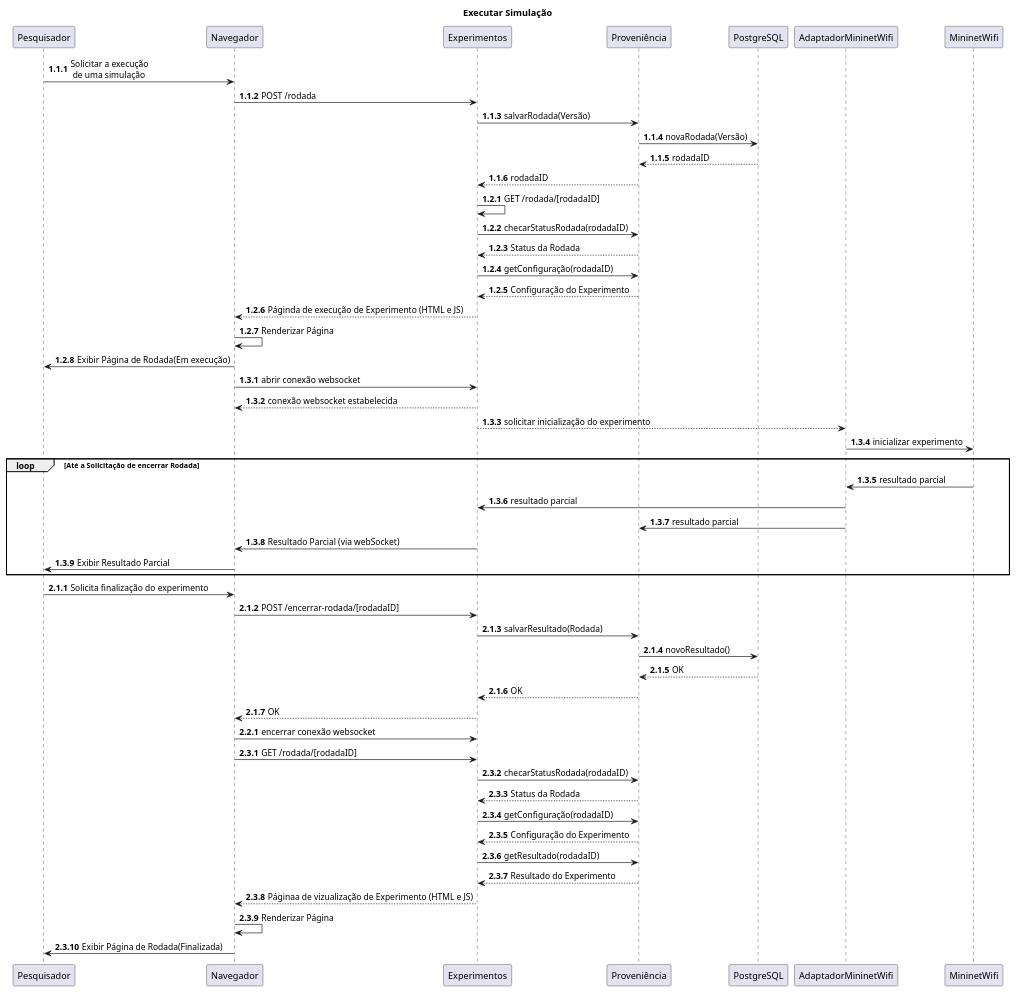
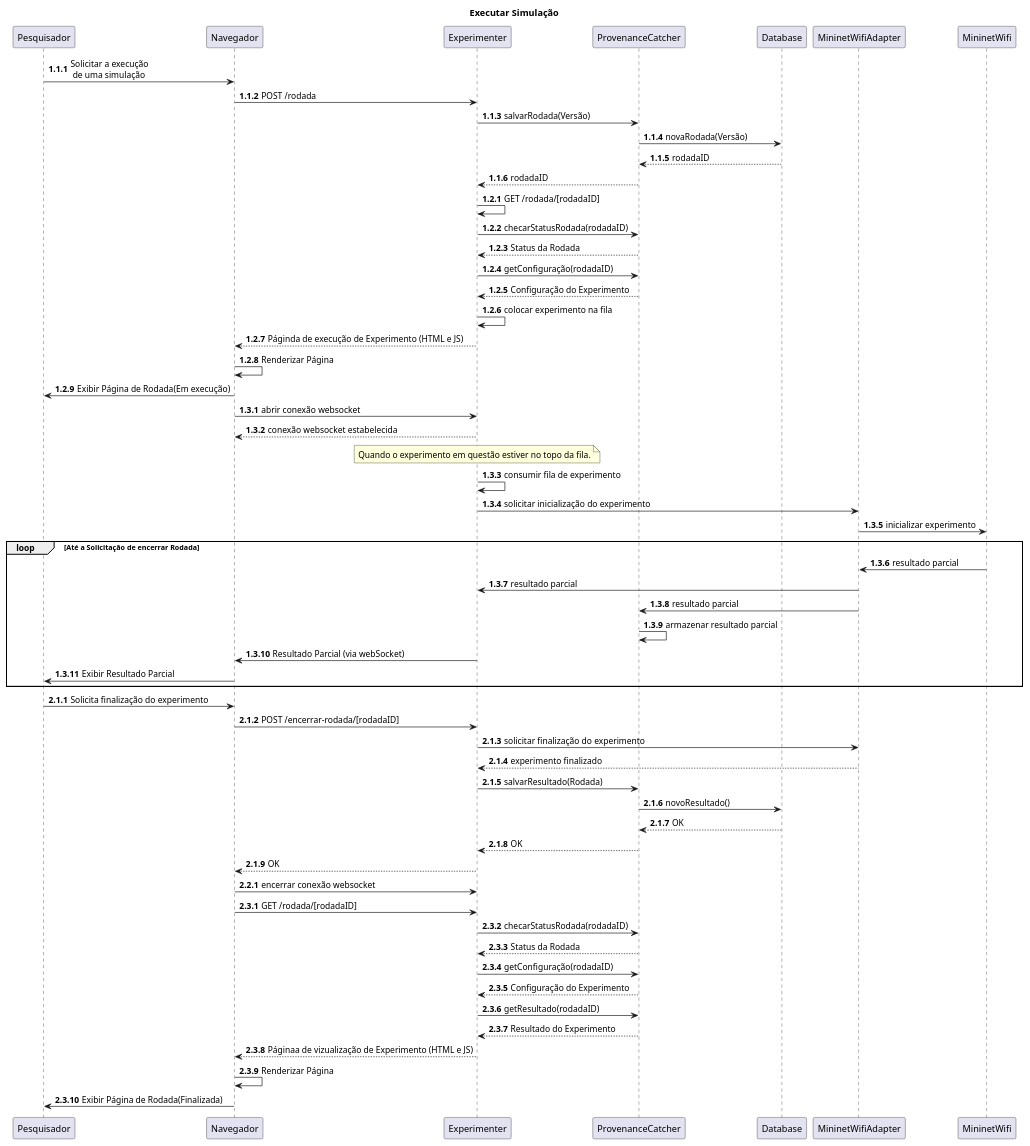
The diagram in docs/diagrams/src/sequenceDiagram.wsd (renanrodriguesmr/MiniManager), drawn with PlantUML before and after one commit. The commit also changed 7 other files, not shown here.

```diff
--- a/docs/diagrams/src/sequenceDiagram.wsd
+++ b/docs/diagrams/src/sequenceDiagram.wsd
@@ -1,62 +1,68 @@
 @startuml Diagrama de Sequência
 title Executar Simulação
 autonumber 1.1.1
 
 Pesquisador -> Navegador: Solicitar a execução\n de uma simulação
-Navegador -> Experimentos: POST /rodada
-Experimentos -> Proveniência: salvarRodada(Versão)
-Proveniência -> PostgreSQL: novaRodada(Versão)
-PostgreSQL --> Proveniência: rodadaID
-Proveniência --> Experimentos: rodadaID
+Navegador -> Experimenter: POST /rodada
+Experimenter -> ProvenanceCatcher: salvarRodada(Versão)
+ProvenanceCatcher -> Database: novaRodada(Versão)
+Database --> ProvenanceCatcher: rodadaID
+ProvenanceCatcher --> Experimenter: rodadaID
 
 autonumber inc B
-Experimentos -> Experimentos: GET /rodada/[rodadaID]
-Experimentos -> Proveniência: checarStatusRodada(rodadaID)
-Proveniência --> Experimentos: Status da Rodada
-Experimentos -> Proveniência: getConfiguração(rodadaID)
-Proveniência --> Experimentos: Configuração do Experimento
-Experimentos --> Navegador: Páginda de execução de Experimento (HTML e JS)
+Experimenter -> Experimenter: GET /rodada/[rodadaID]
+Experimenter -> ProvenanceCatcher: checarStatusRodada(rodadaID)
+ProvenanceCatcher --> Experimenter: Status da Rodada
+Experimenter -> ProvenanceCatcher: getConfiguração(rodadaID)
+ProvenanceCatcher --> Experimenter: Configuração do Experimento
+Experimenter -> Experimenter: colocar experimento na fila
+Experimenter --> Navegador: Páginda de execução de Experimento (HTML e JS)
 Navegador -> Navegador: Renderizar Página
 Navegador -> Pesquisador: Exibir Página de Rodada(Em execução)
 
 autonumber inc B
-Navegador -> Experimentos: abrir conexão websocket
-Experimentos --> Navegador: conexão websocket estabelecida
-Experimentos --> AdaptadorMininetWifi: solicitar inicialização do experimento
-AdaptadorMininetWifi -> MininetWifi: inicializar experimento
+Navegador -> Experimenter: abrir conexão websocket
+Experimenter --> Navegador: conexão websocket estabelecida
+note over Experimenter: Quando o experimento em questão estiver no topo da fila.
+Experimenter -> Experimenter: consumir fila de experimento
+Experimenter -> MininetWifiAdapter: solicitar inicialização do experimento
+MininetWifiAdapter -> MininetWifi: inicializar experimento
 loop Até a Solicitação de encerrar Rodada
-    MininetWifi -> AdaptadorMininetWifi: resultado parcial
-    AdaptadorMininetWifi -> Experimentos: resultado parcial
-    AdaptadorMininetWifi -> Proveniência: resultado parcial
-    Experimentos -> Navegador: Resultado Parcial (via webSocket)
+    MininetWifi -> MininetWifiAdapter: resultado parcial
+    MininetWifiAdapter -> Experimenter: resultado parcial
+    MininetWifiAdapter -> ProvenanceCatcher: resultado parcial
+    ProvenanceCatcher -> ProvenanceCatcher: armazenar resultado parcial
+    Experimenter -> Navegador: Resultado Parcial (via webSocket)
     Navegador -> Pesquisador: Exibir Resultado Parcial
 end
 
 autonumber inc A
 Pesquisador -> Navegador: Solicita finalização do experimento
-Navegador -> Experimentos: POST /encerrar-rodada/[rodadaID]
-Experimentos -> Proveniência: salvarResultado(Rodada)
-Proveniência -> PostgreSQL: novoResultado()
-PostgreSQL --> Proveniência: OK
-Proveniência --> Experimentos: OK
-Experimentos --> Navegador: OK
+Navegador -> Experimenter: POST /encerrar-rodada/[rodadaID]
+Experimenter -> MininetWifiAdapter: solicitar finalização do experimento
+MininetWifiAdapter --> Experimenter: experimento finalizado
+Experimenter -> ProvenanceCatcher: salvarResultado(Rodada)
+ProvenanceCatcher -> Database: novoResultado()
+Database --> ProvenanceCatcher: OK
+ProvenanceCatcher --> Experimenter: OK
+Experimenter --> Navegador: OK
 
 autonumber inc B
-Navegador -> Experimentos: encerrar conexão websocket
+Navegador -> Experimenter: encerrar conexão websocket
 
 autonumber inc B
-Navegador -> Experimentos: GET /rodada/[rodadaID]
-Experimentos -> Proveniência: checarStatusRodada(rodadaID)
-Proveniência --> Experimentos: Status da Rodada
-Experimentos -> Proveniência: getConfiguração(rodadaID)
-Proveniência --> Experimentos: Configuração do Experimento
-Experimentos -> Proveniência: getResultado(rodadaID)
-Proveniência --> Experimentos: Resultado do Experimento
-Experimentos --> Navegador: Páginaa de vizualização de Experimento (HTML e JS)
+Navegador -> Experimenter: GET /rodada/[rodadaID]
+Experimenter -> ProvenanceCatcher: checarStatusRodada(rodadaID)
+ProvenanceCatcher --> Experimenter: Status da Rodada
+Experimenter -> ProvenanceCatcher: getConfiguração(rodadaID)
+ProvenanceCatcher --> Experimenter: Configuração do Experimento
+Experimenter -> ProvenanceCatcher: getResultado(rodadaID)
+ProvenanceCatcher --> Experimenter: Resultado do Experimento
+Experimenter --> Navegador: Páginaa de vizualização de Experimento (HTML e JS)
 Navegador -> Navegador: Renderizar Página
 Navegador -> Pesquisador: Exibir Página de Rodada(Finalizada)
 
 
 
 
 @enduml
```
